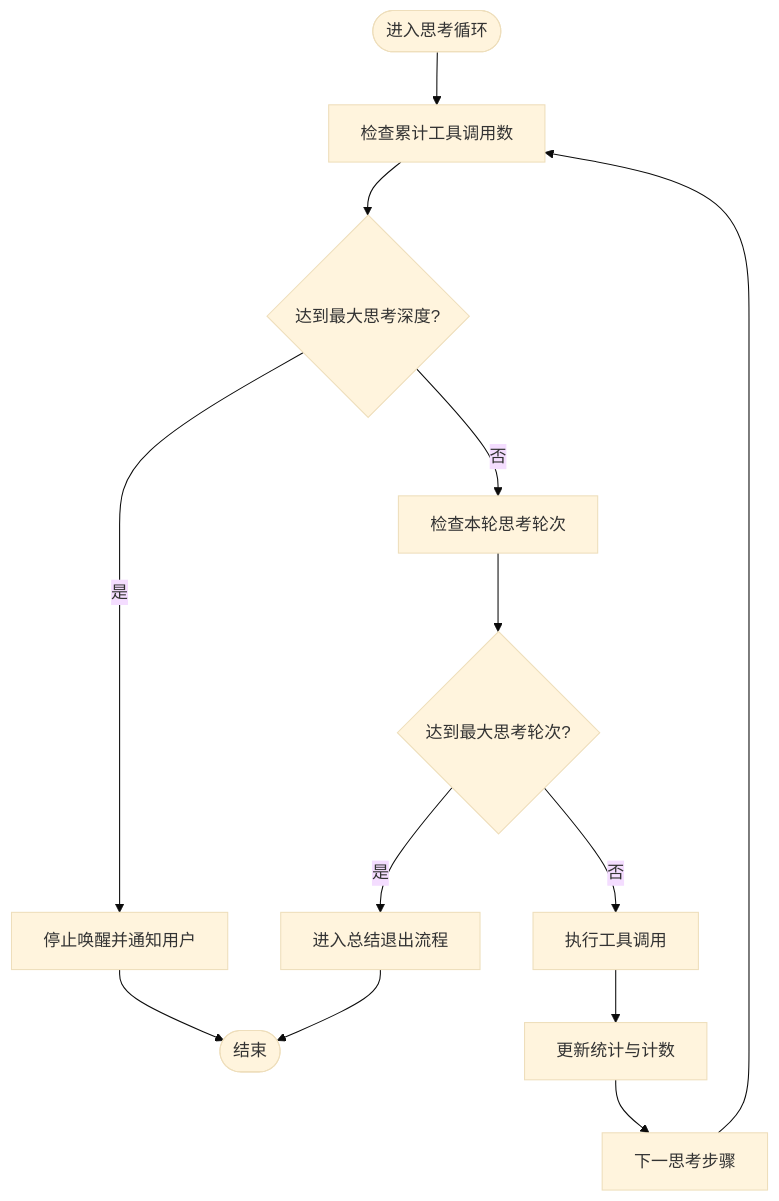
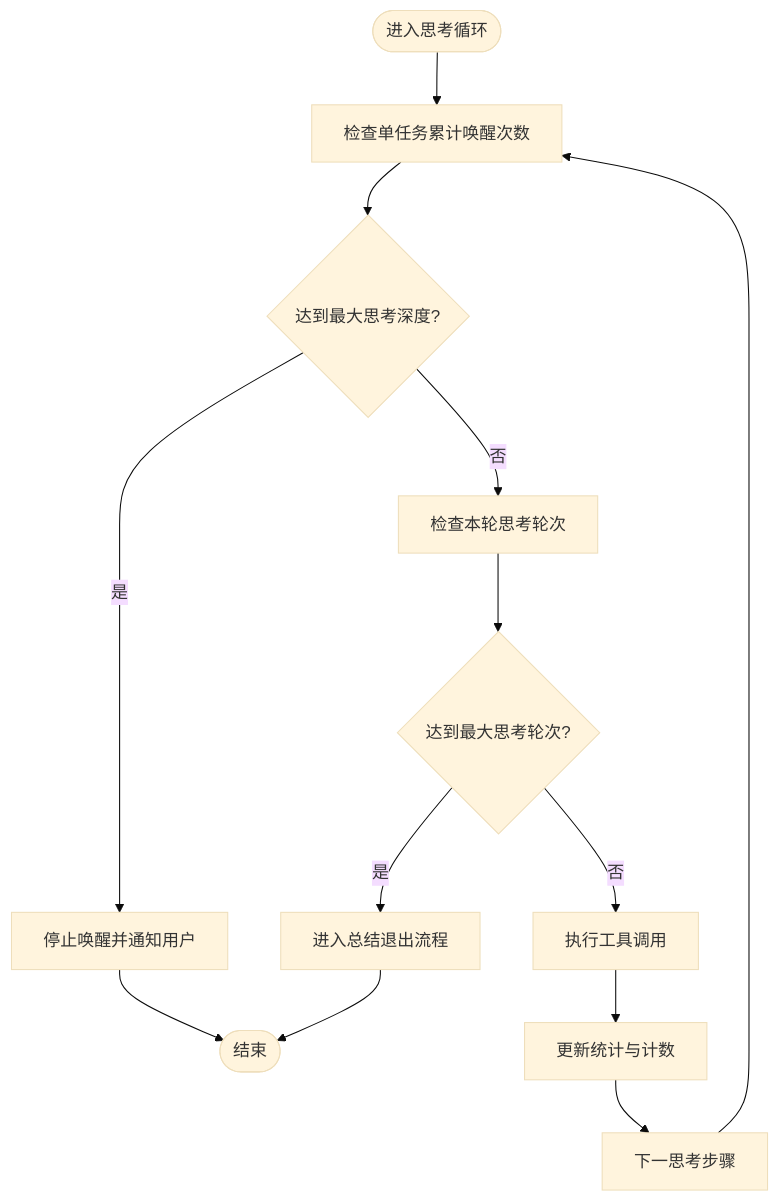
One commit to runningcoders/ai_orz changed the fourth of 7 diagrams in docs/wiki/zh/content/数据模型/Agent 和技能模型/Agent 实体.md. Above: the diagram before and after it, drawn with Mermaid (base theme). The commit also changed other lines of this file and 20 other files, not shown here.

````diff
--- a/docs/wiki/zh/content/数据模型/Agent 和技能模型/Agent 实体.md
+++ b/docs/wiki/zh/content/数据模型/Agent 和技能模型/Agent 实体.md
@@ -185,15 +184,15 @@
 ```mermaid
 flowchart TD
-Start(["进入思考循环"]) --> CheckDepth["检查累计工具调用数"]
+Start(["进入思考循环"]) --> CheckDepth["检查单任务累计唤醒次数"]
 CheckDepth --> DepthReached{"达到最大思考深度?"}
 DepthReached --> |是| StopAwaken["停止唤醒并通知用户"]
 DepthReached --> |否| CheckRound["检查本轮思考轮次"]
 CheckRound --> RoundReached{"达到最大思考轮次?"}
 RoundReached --> |是| Summarize["进入总结退出流程"]
 RoundReached --> |否| ToolCall["执行工具调用"]
 ToolCall --> UpdateStats["更新统计与计数"]
 UpdateStats --> NextStep["下一思考步骤"]
 NextStep --> CheckDepth
 StopAwaken --> End(["结束"])
 Summarize --> End
 ```
````
